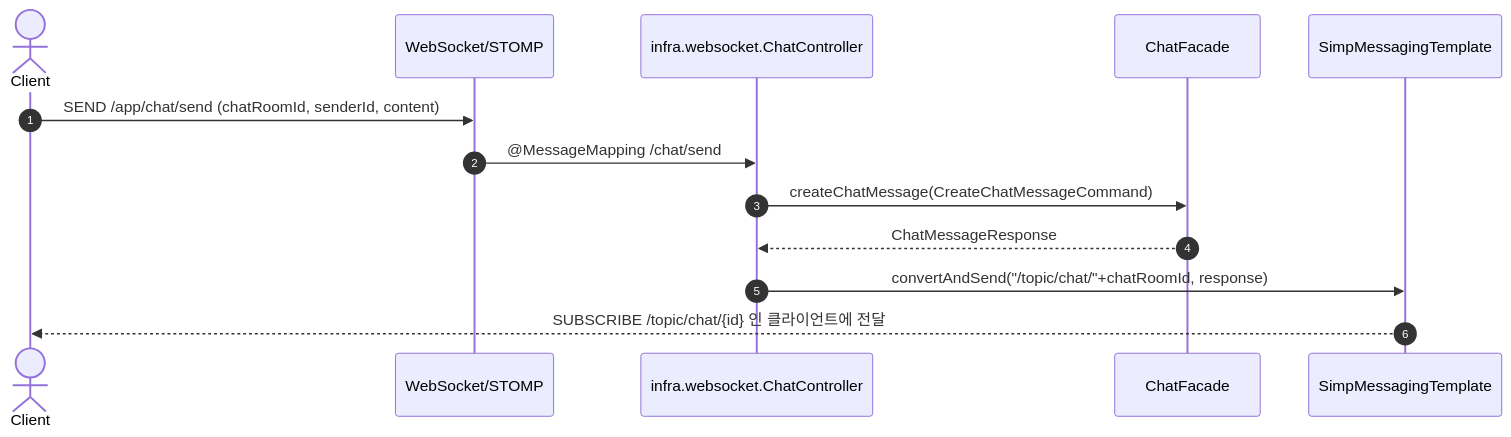
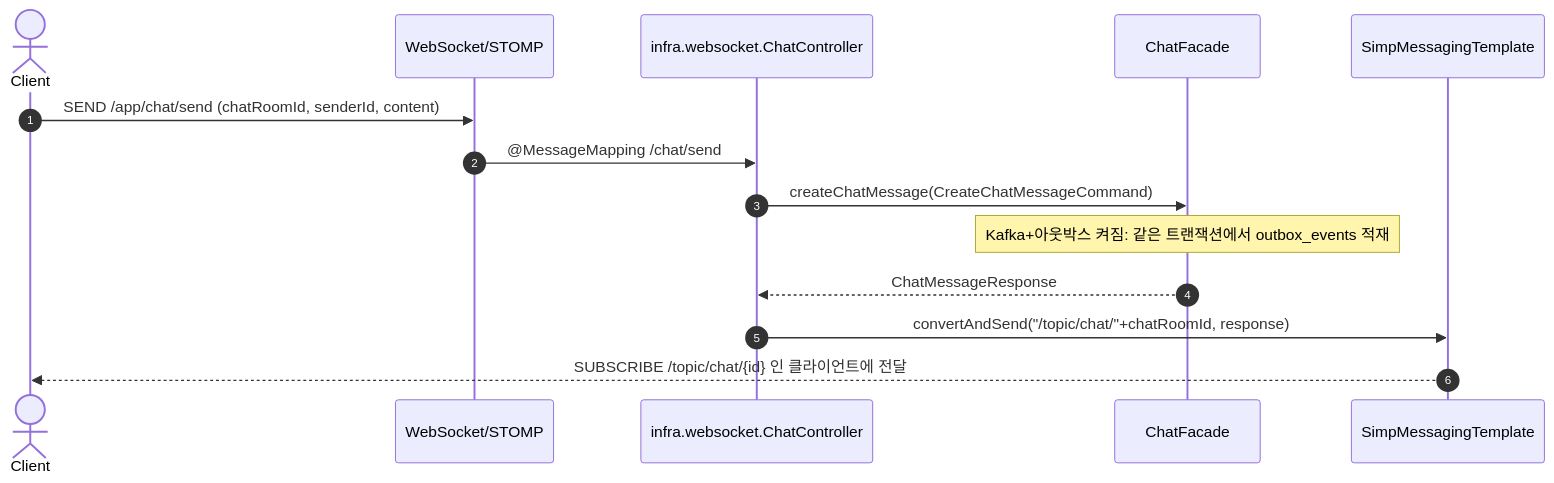
One commit to net79736/onharu-backend-v2 changed the fourth of 4 diagrams in docs/SEQUENCE_DIAGRAM.md. Above: the diagram before and after it, drawn with Mermaid. The commit also changed other lines of this file and 7 other files, not shown here.

First line of the commit message:
docs: 채팅 아웃박스 및 Kafka 연동 문서 업데이트

````diff
--- a/docs/SEQUENCE_DIAGRAM.md
+++ b/docs/SEQUENCE_DIAGRAM.md
@@ -115,16 +115,17 @@
 ```mermaid
 sequenceDiagram
     autonumber
     actor Client
     participant StompBroker as WebSocket/STOMP
     participant ChatController as infra.websocket.ChatController
     participant ChatFacade
     participant SimpMessagingTemplate
 
     Client->>StompBroker: SEND /app/chat/send (chatRoomId, senderId, content)
     StompBroker->>ChatController: @MessageMapping /chat/send
     ChatController->>ChatFacade: createChatMessage(CreateChatMessageCommand)
+    Note over ChatFacade: Kafka+아웃박스 켜짐: 같은 트랜잭션에서 outbox_events 적재
     ChatFacade-->>ChatController: ChatMessageResponse
     ChatController->>SimpMessagingTemplate: convertAndSend("/topic/chat/"+chatRoomId, response)
     SimpMessagingTemplate-->>Client: SUBSCRIBE /topic/chat/{id} 인 클라이언트에 전달
 ```
````
